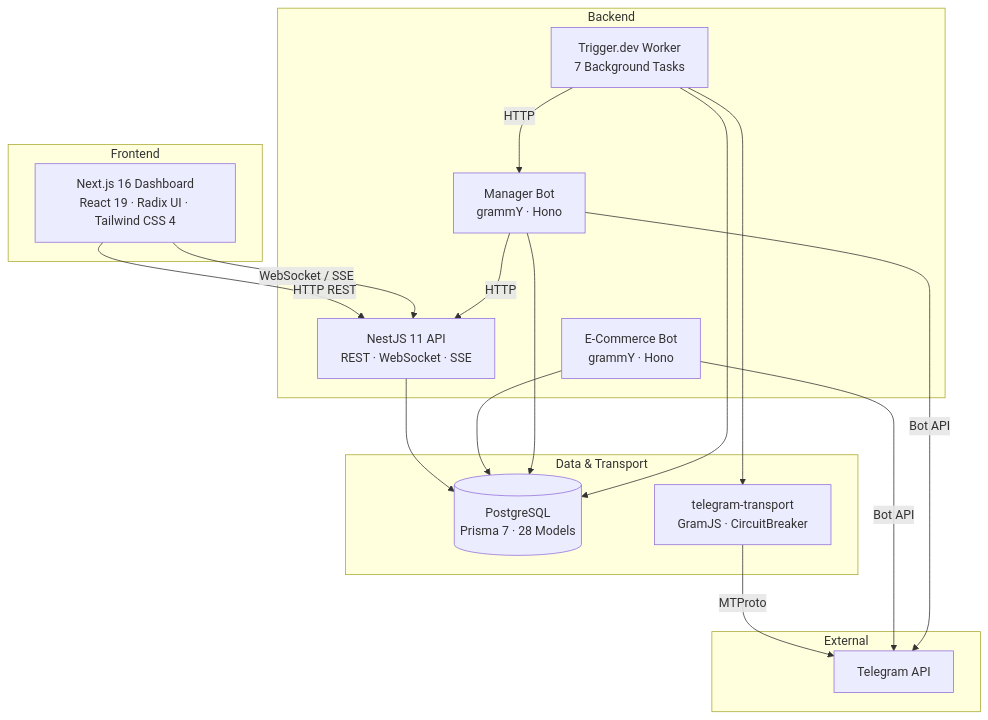
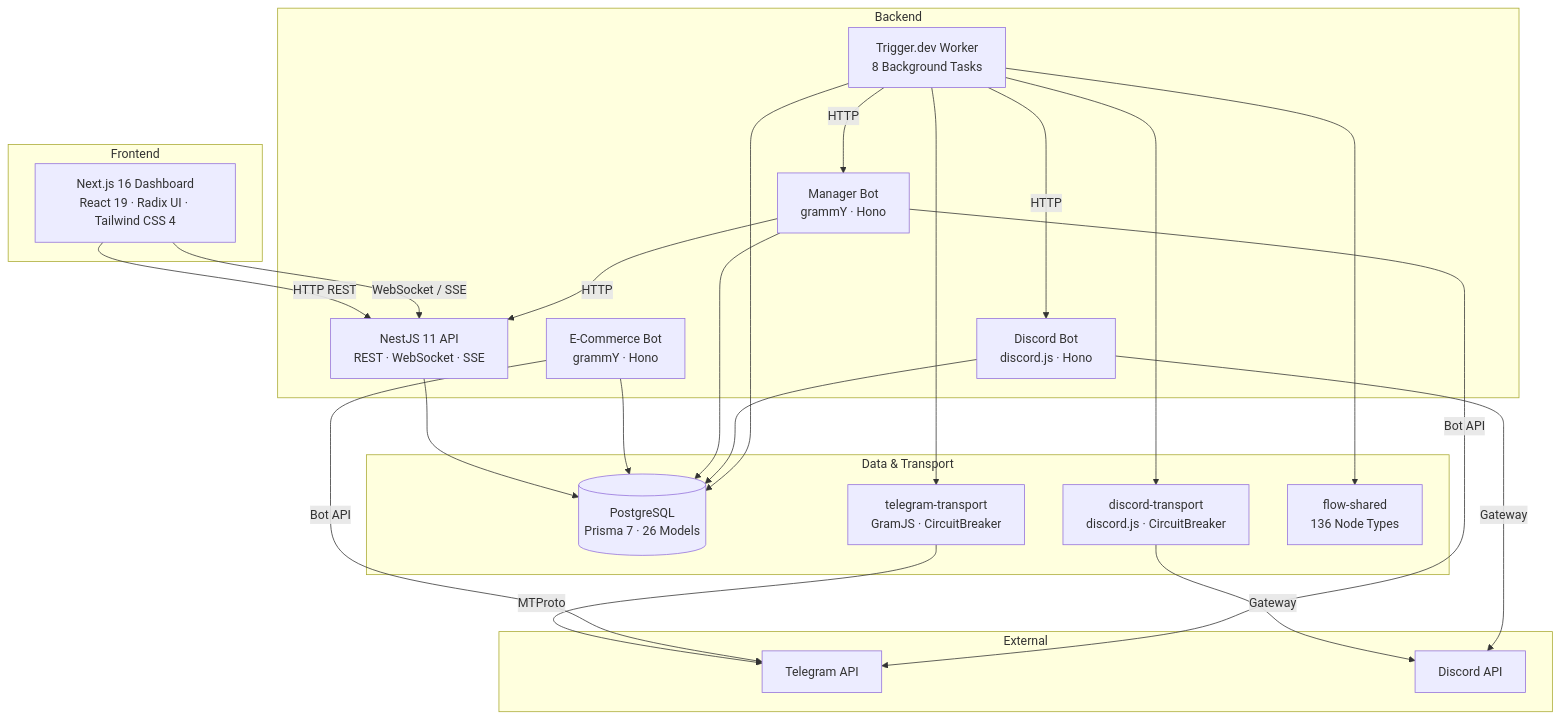
Before and after one commit to kolezka/flowbot: the first of 5 diagrams in README.md, drawn with Mermaid. The commit also changed other lines of this file, not shown here.

Commit message:
docs: update README with Discord support, flow-shared package, 136 node types, flow chaining, context store, and updated test counts

````diff
--- a/README.md
+++ b/README.md
@@ -39,35 +39,45 @@
 ```mermaid
 graph TD
     subgraph "Frontend"
         FE[Next.js 16 Dashboard<br/>React 19 · Radix UI · Tailwind CSS 4]
     end
 
     subgraph "Backend"
         API[NestJS 11 API<br/>REST · WebSocket · SSE]
         Bot[E-Commerce Bot<br/>grammY · Hono]
         MB[Manager Bot<br/>grammY · Hono]
-        Trigger[Trigger.dev Worker<br/>7 Background Tasks]
+        DB_BOT[Discord Bot<br/>discord.js · Hono]
+        Trigger[Trigger.dev Worker<br/>8 Background Tasks]
     end
 
     subgraph "Data & Transport"
-        DB[(PostgreSQL<br/>Prisma 7 · 28 Models)]
-        Transport[telegram-transport<br/>GramJS · CircuitBreaker]
+        DB[(PostgreSQL<br/>Prisma 7 · 26 Models)]
+        TGTransport[telegram-transport<br/>GramJS · CircuitBreaker]
+        DCTransport[discord-transport<br/>discord.js · CircuitBreaker]
+        FlowShared[flow-shared<br/>136 Node Types]
     end
 
     subgraph "External"
         TG[Telegram API]
+        DC[Discord API]
     end
 
     FE -->|HTTP REST| API
     FE -->|WebSocket / SSE| API
     API --> DB
     Bot --> DB
     MB --> DB
+    DB_BOT --> DB
     MB -->|HTTP| API
     Trigger --> DB
     Trigger -->|HTTP| MB
-    Trigger --> Transport
-    Transport -->|MTProto| TG
+    Trigger -->|HTTP| DB_BOT
+    Trigger --> TGTransport
+    Trigger --> DCTransport
+    Trigger --> FlowShared
+    TGTransport -->|MTProto| TG
+    DCTransport -->|Gateway| DC
     Bot -->|Bot API| TG
     MB -->|Bot API| TG
+    DB_BOT -->|Gateway| DC
 ```
````
